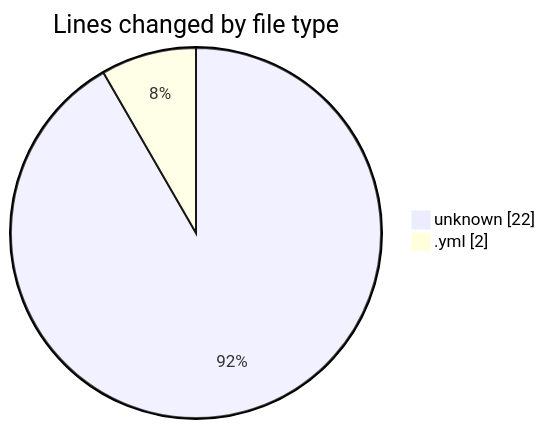
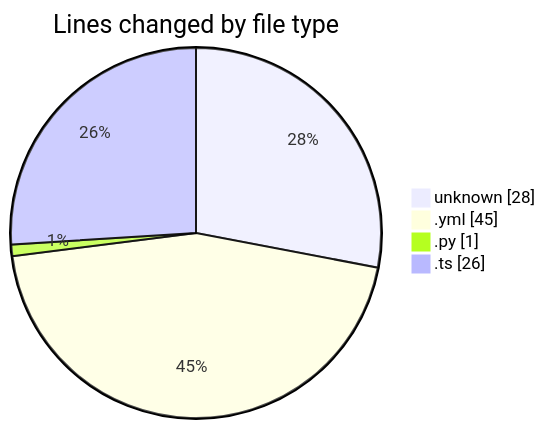
The first of 2 diagrams in 2025-05-13/niten/README.md (Elitesun/code-tracking), drawn with Mermaid before and after one commit. The commit also changed other lines of this file and 1 other file, not shown here.

````diff
--- a/2025-05-13/niten/README.md
+++ b/2025-05-13/niten/README.md
@@ -22,6 +24,8 @@
 ```mermaid
 pie showData
 title Lines changed by file type
-"unknown" : 22
-".yml" : 2
+"unknown" : 28
+".yml" : 45
+".py" : 1
+".ts" : 26
 ```
````
